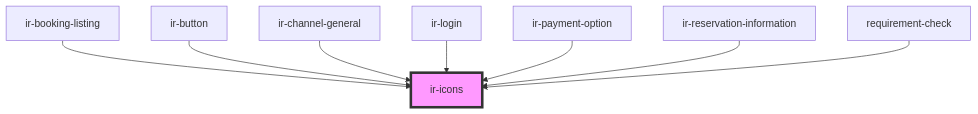
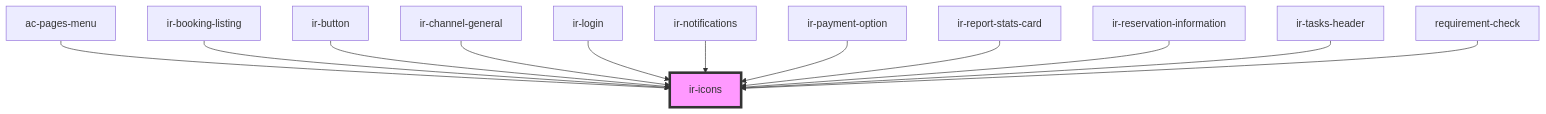
Before and after one commit to David1Chowaifaty/modified-ir-webcmp: the diagram in src/components/ui/ir-icons/readme.md, drawn with Mermaid. The commit also changed other lines of this file and 58 other files, not shown here.

````diff
--- a/src/components/ui/ir-icons/readme.md
+++ b/src/components/ui/ir-icons/readme.md
@@ -28,11 +32,15 @@
 ```mermaid
 graph TD;
+  ac-pages-menu --> ir-icons
   ir-booking-listing --> ir-icons
   ir-button --> ir-icons
   ir-channel-general --> ir-icons
   ir-login --> ir-icons
+  ir-notifications --> ir-icons
   ir-payment-option --> ir-icons
+  ir-report-stats-card --> ir-icons
   ir-reservation-information --> ir-icons
+  ir-tasks-header --> ir-icons
   requirement-check --> ir-icons
   style ir-icons fill:#f9f,stroke:#333,stroke-width:4px
 ```
````
